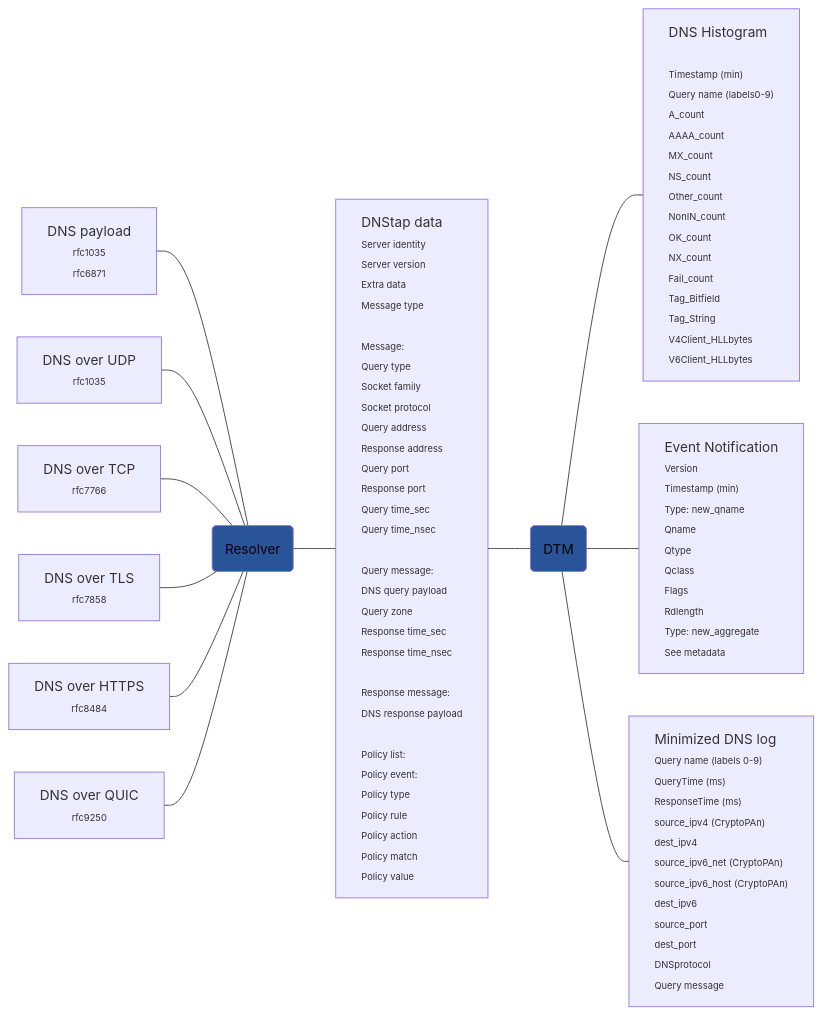
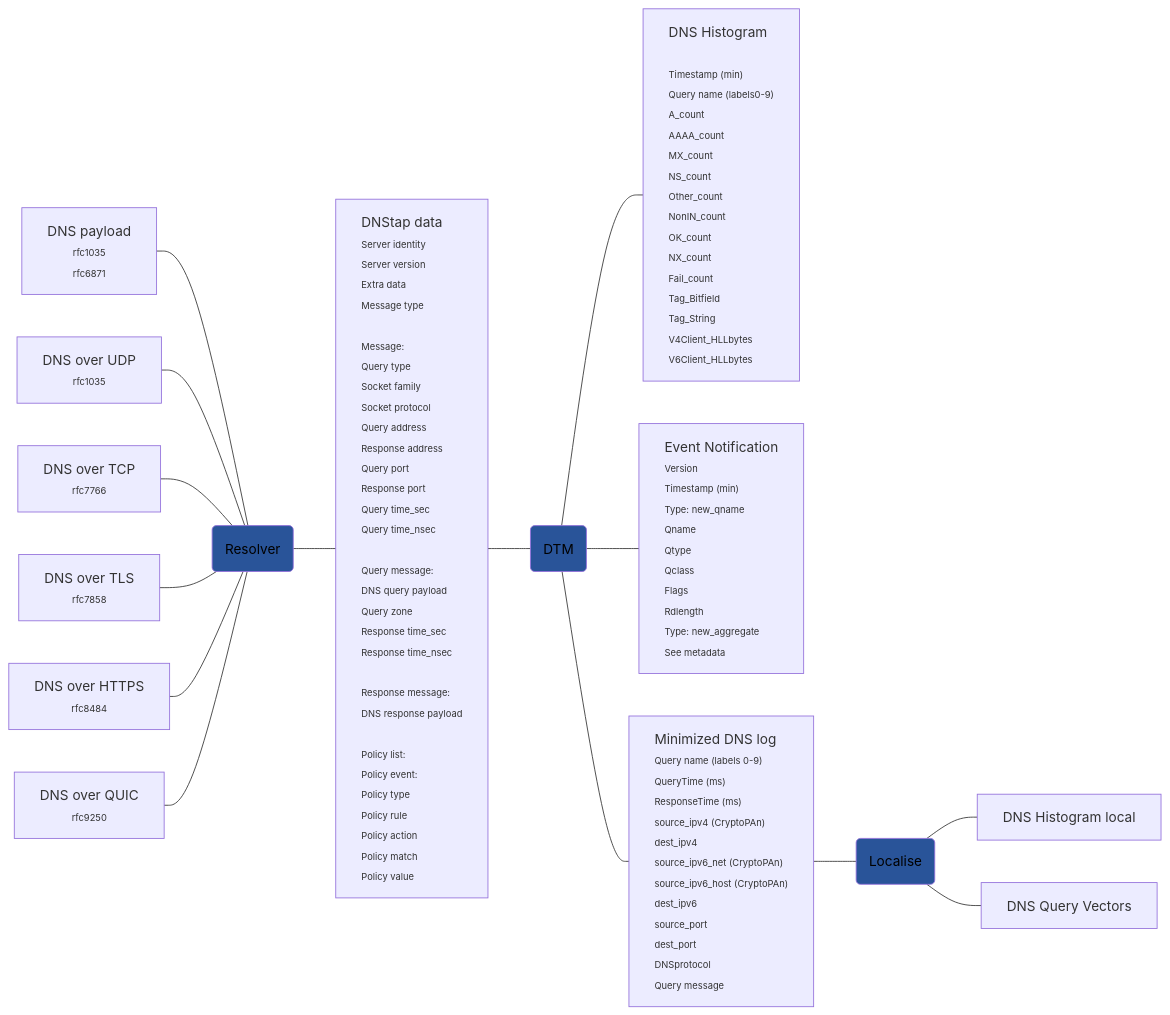
One commit to dnstapir/datasets changed the diagram in dnsdataflow.md. Above: the diagram before and after it, drawn with Mermaid.

```diff
--- a/dnsdataflow.md
+++ b/dnsdataflow.md
@@ -106,6 +106,9 @@
 dest_port
 DNSprotocol
 Query message</span>"]:::left
+Mini --- L(Localise):::service 
+L --- HL[DNS Histogram local]
+L --- QV[DNS Query Vectors]
 
 classDef service fill:#295499,color:#000
 classDef left text-align:left
```
